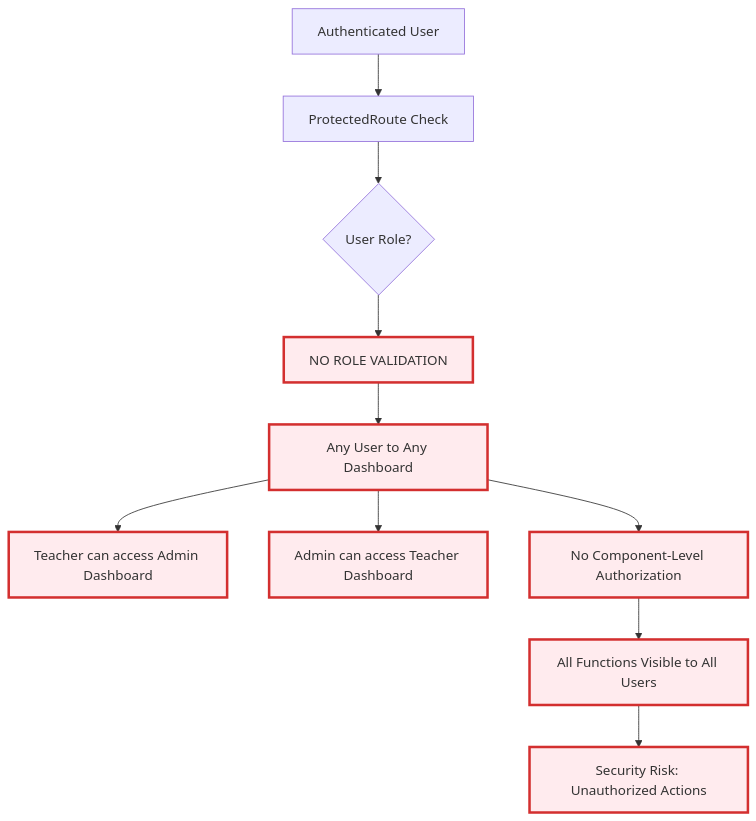
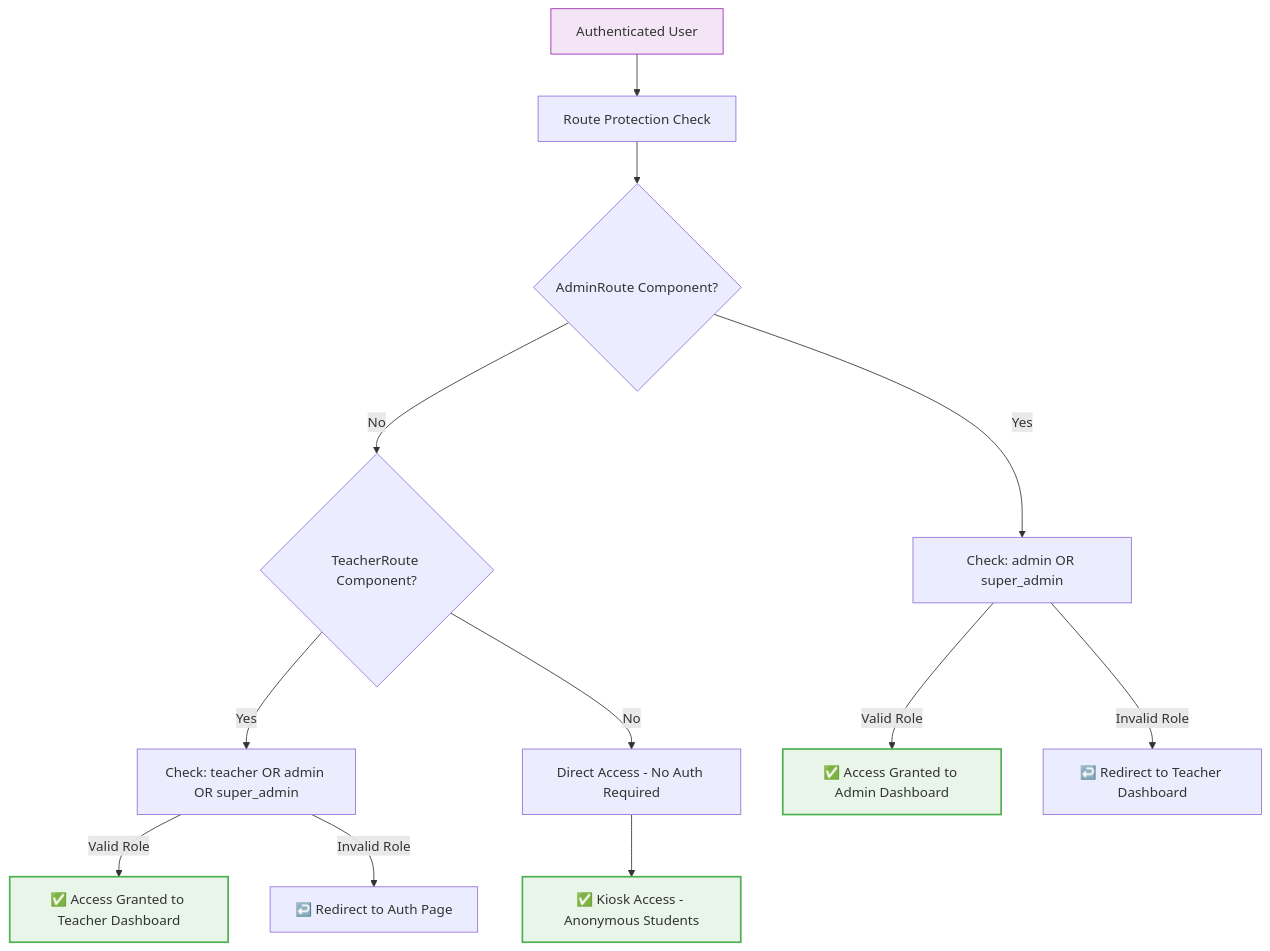
One commit to Splurfa/bx-os changed the second of 3 diagrams in Docs/Flowcharts/Current-State/01-current-authentication-routing.md. Above: the diagram before and after it, drawn with Mermaid. The commit also changed other lines of this file and 4 other files, not shown here.

````diff
--- a/Docs/Flowcharts/Current-State/01-current-authentication-routing.md
+++ b/Docs/Flowcharts/Current-State/01-current-authentication-routing.md
@@ -33,22 +33,20 @@
 ```mermaid
 flowchart TD
-    A[Authenticated User] --> B[ProtectedRoute Check]
-    B --> C{User Role?}
-    C --> D[NO ROLE VALIDATION]
-    D --> E[Any User to Any Dashboard]
+    A[Authenticated User] --> B[Route Protection Check]
+    B --> C{AdminRoute Component?}
+    C -->|Yes| D[Check: admin OR super_admin]
+    C -->|No| E{TeacherRoute Component?}
+    E -->|Yes| F[Check: teacher OR admin OR super_admin]
+    E -->|No| G[Direct Access - No Auth Required]
     
-    E --> F[Teacher can access Admin Dashboard]
-    E --> G[Admin can access Teacher Dashboard]
-    E --> H[No Component-Level Authorization]
+    D -->|Valid Role| H[✅ Access Granted to Admin Dashboard]
+    D -->|Invalid Role| I[↩️ Redirect to Teacher Dashboard]
+    F -->|Valid Role| J[✅ Access Granted to Teacher Dashboard]
+    F -->|Invalid Role| K[↩️ Redirect to Auth Page]
+    G --> L[✅ Kiosk Access - Anonymous Students]
     
-    H --> I[All Functions Visible to All Users]
-    I --> J[Security Risk: Unauthorized Actions]
-    
-    style D fill:#ffebee,stroke:#d32f2f,stroke-width:3px
-    style E fill:#ffebee,stroke:#d32f2f,stroke-width:3px
-    style F fill:#ffebee,stroke:#d32f2f,stroke-width:3px
-    style G fill:#ffebee,stroke:#d32f2f,stroke-width:3px
-    style H fill:#ffebee,stroke:#d32f2f,stroke-width:3px
-    style I fill:#ffebee,stroke:#d32f2f,stroke-width:3px
-    style J fill:#ffebee,stroke:#d32f2f,stroke-width:3px
+    style H fill:#e8f5e8,stroke:#4caf50,stroke-width:2px
+    style J fill:#e8f5e8,stroke:#4caf50,stroke-width:2px
+    style L fill:#e8f5e8,stroke:#4caf50,stroke-width:2px
+    style A fill:#f3e5f5,stroke:#9c27b0
 ```
````
